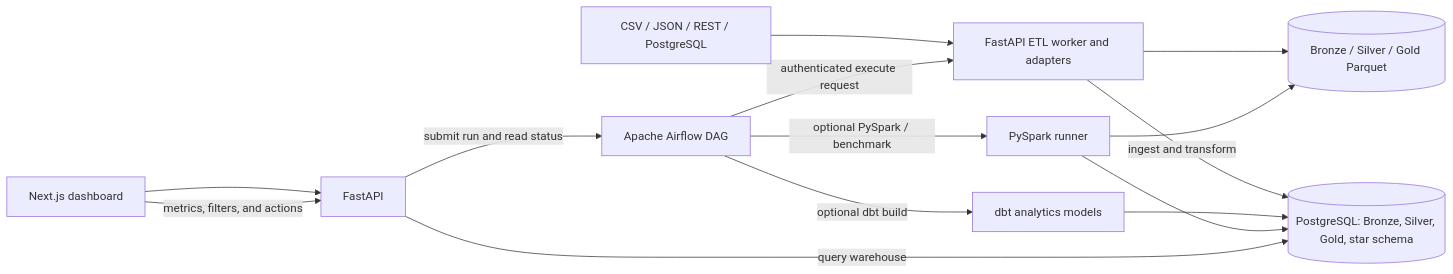
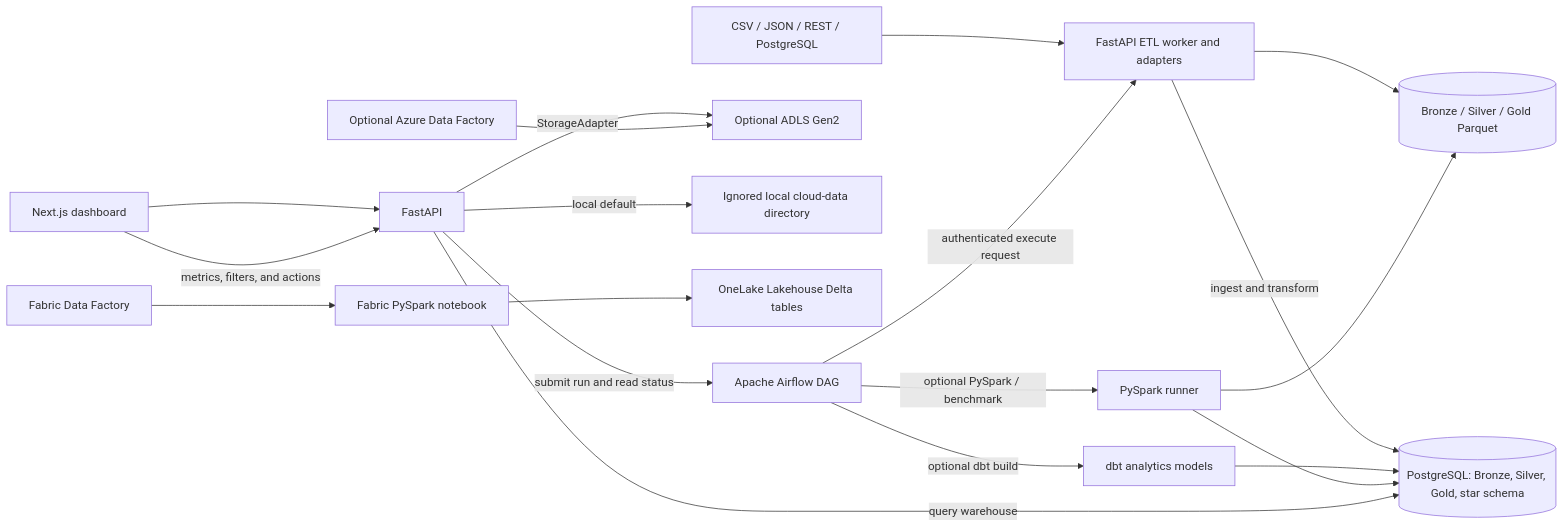
One commit to Sajini3655/DataFlow360 changed the diagram in README.md. Above: the diagram before and after it, drawn with Mermaid. The commit also changed other lines of this file and 40 other files, not shown here.

First line of the commit message:
feat: add optional Azure and Fabric integrations

````diff
--- a/README.md
+++ b/README.md
@@ -17,16 +20,21 @@
 ```mermaid
 flowchart LR
     Sources[CSV / JSON / REST / PostgreSQL] --> Worker[FastAPI ETL worker and adapters]
     UI[Next.js dashboard] --> API[FastAPI]
+    API -->|StorageAdapter| ADLS[Optional ADLS Gen2]
+    API -->|local default| Local[Ignored local cloud-data directory]
+    ADF[Optional Azure Data Factory] --> ADLS
+    Fabric[Fabric Data Factory] --> Notebook[Fabric PySpark notebook]
+    Notebook --> OneLake[OneLake Lakehouse Delta tables]
     API -->|submit run and read status| Airflow
     Airflow[Apache Airflow DAG] -->|authenticated execute request| Worker
     Airflow -->|optional dbt build| DBT[dbt analytics models]
     Airflow -->|optional PySpark / benchmark| Spark[PySpark runner]
     Worker -->|ingest and transform| Warehouse[(PostgreSQL: Bronze, Silver, Gold, star schema)]
     Worker --> Parquet[(Bronze / Silver / Gold Parquet)]
     DBT --> Warehouse
     Spark --> Parquet
     Spark --> Warehouse
     API -->|query warehouse| Warehouse
     UI -->|metrics, filters, and actions| API
 ```
````
